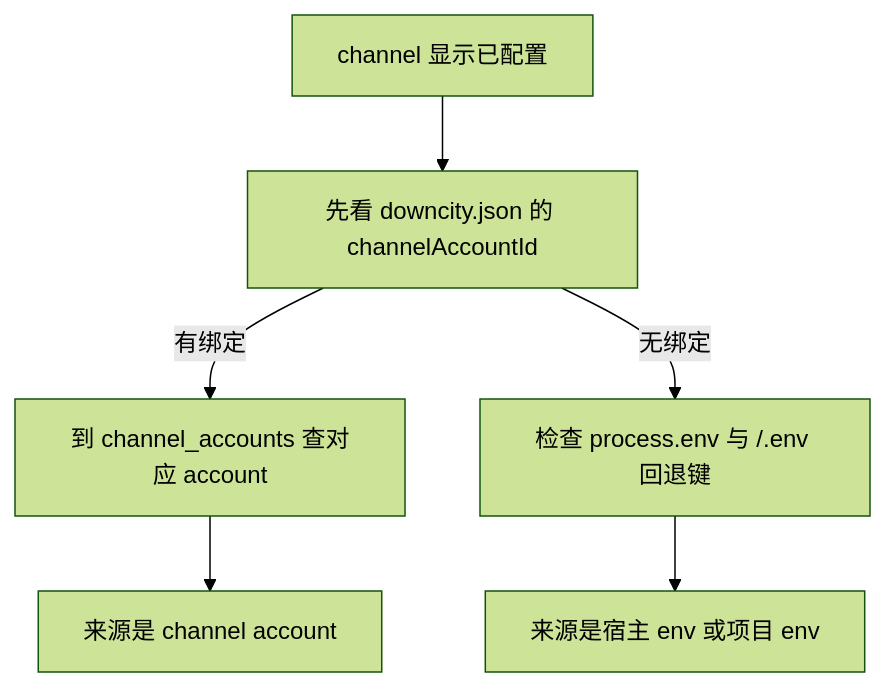
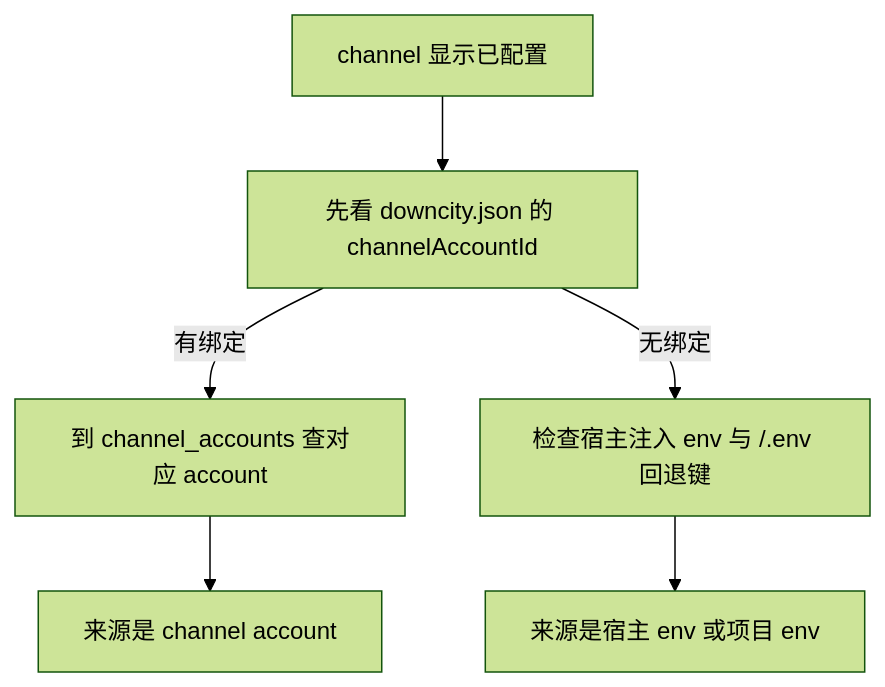
The second of 2 diagrams in homepage/content/docs/zh/configuration/environment-variables.mdx (wangenius/downcity), drawn with Mermaid (forest theme) before and after one commit. The commit also changed other lines of this file and 34 other files, not shown here.

````diff
--- a/homepage/content/docs/zh/configuration/environment-variables.mdx
+++ b/homepage/content/docs/zh/configuration/environment-variables.mdx
@@ -122,8 +118,8 @@
 ```mermaid
 flowchart TD
   A["channel 显示已配置"] --> B["先看 downcity.json 的 channelAccountId"]
   B -->|有绑定| C["到 channel_accounts 查对应 account"]
-  B -->|无绑定| D["检查 process.env 与 <agent>/.env 回退键"]
+  B -->|无绑定| D["检查宿主注入 env 与 <agent>/.env 回退键"]
   C --> E["来源是 channel account"]
   D --> F["来源是宿主 env 或项目 env"]
 ```
````
